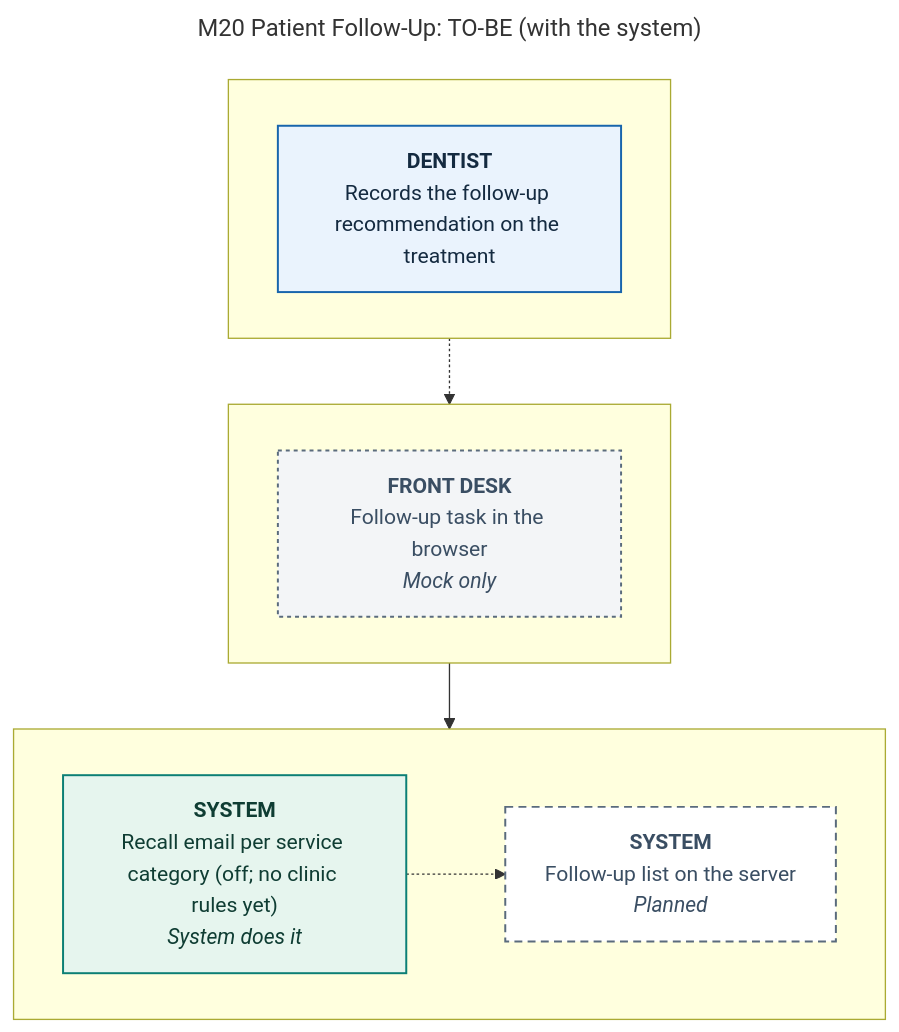
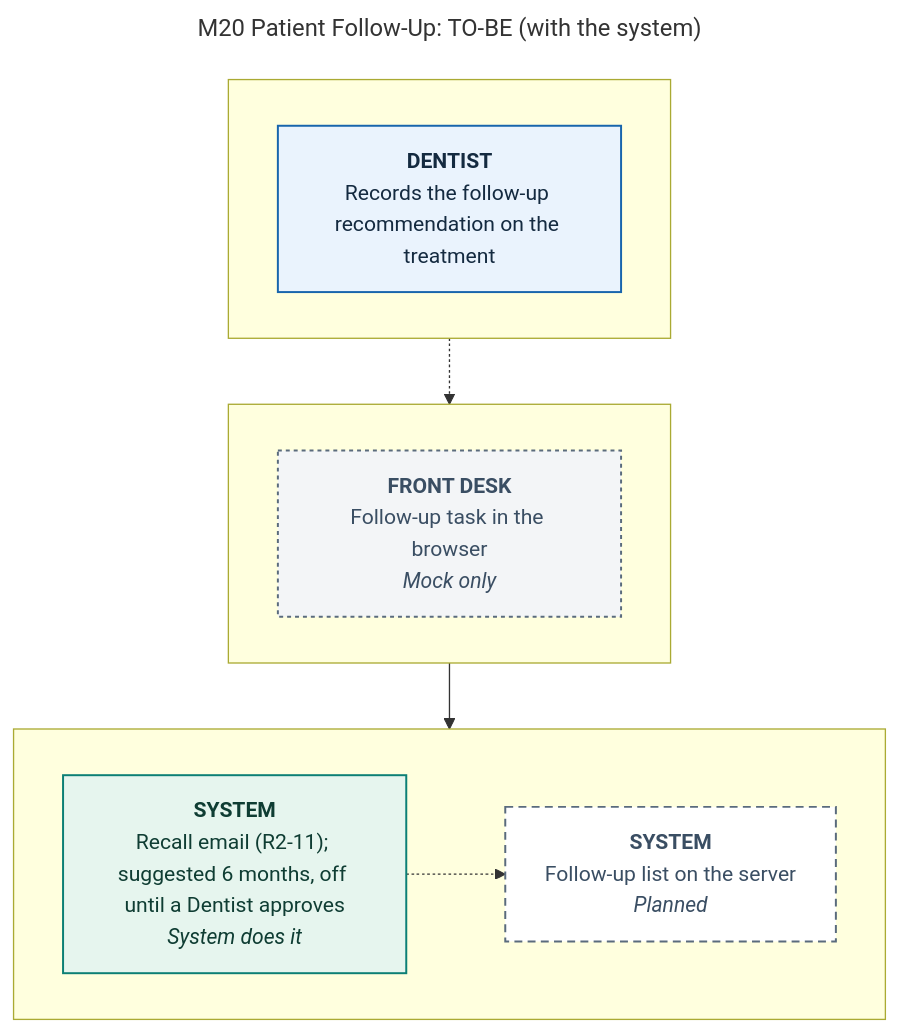
Before and after one commit to 0phem/multibranch-dental-clinic: the diagram in docs/defense/diagrams/M20-patient-follow-up-to-be.mmd, drawn with Mermaid. The commit also changed 111 other files, not shown here.

```diff
--- a/docs/defense/diagrams/M20-patient-follow-up-to-be.mmd
+++ b/docs/defense/diagrams/M20-patient-follow-up-to-be.mmd
@@ -1,26 +1,26 @@
 ---
 title: "M20 Patient Follow-Up: TO-BE (with the system)"
 ---
 flowchart TB
     subgraph L1[" "]
     direction LR
       S1["<b>FRONT DESK</b><br/>Follow-up task in the browser<br/><i>Mock only</i>"]:::mock
     end
     subgraph L2[" "]
     direction LR
       S0["<b>DENTIST</b><br/>Records the follow-up recommendation on the treatment"]:::manual
     end
     subgraph L4[" "]
     direction LR
-      S2["<b>SYSTEM</b><br/>Recall email per service category (off; no clinic rules yet)<br/><i>System does it</i>"]:::auto
+      S2["<b>SYSTEM</b><br/>Recall email (R2-11); suggested 6 months, off until a Dentist approves<br/><i>System does it</i>"]:::auto
       S3["<b>SYSTEM</b><br/>Follow-up list on the server<br/><i>Planned</i>"]:::planned
     end
     S0 -.-> S1
     S1 --> S2
     S2 -.-> S3
     classDef cited fill:#eaf3fd,stroke:#1865ac,color:#142a40,stroke-width:1.5px
     classDef confirm fill:#fffaf0,stroke:#b26a00,color:#5e3c00,stroke-width:1.5px,stroke-dasharray:6 4
     classDef auto fill:#e6f5ee,stroke:#0c7f75,color:#0f3d33,stroke-width:1.5px
     classDef manual fill:#eaf3fd,stroke:#1865ac,color:#142a40,stroke-width:1.5px
     classDef mock fill:#f3f5f7,stroke:#5a6b7d,color:#3a4e63,stroke-width:1.5px,stroke-dasharray:3 3
     classDef planned fill:#ffffff,stroke:#5a6b7d,color:#3a4e63,stroke-width:1.5px,stroke-dasharray:6 4
```
